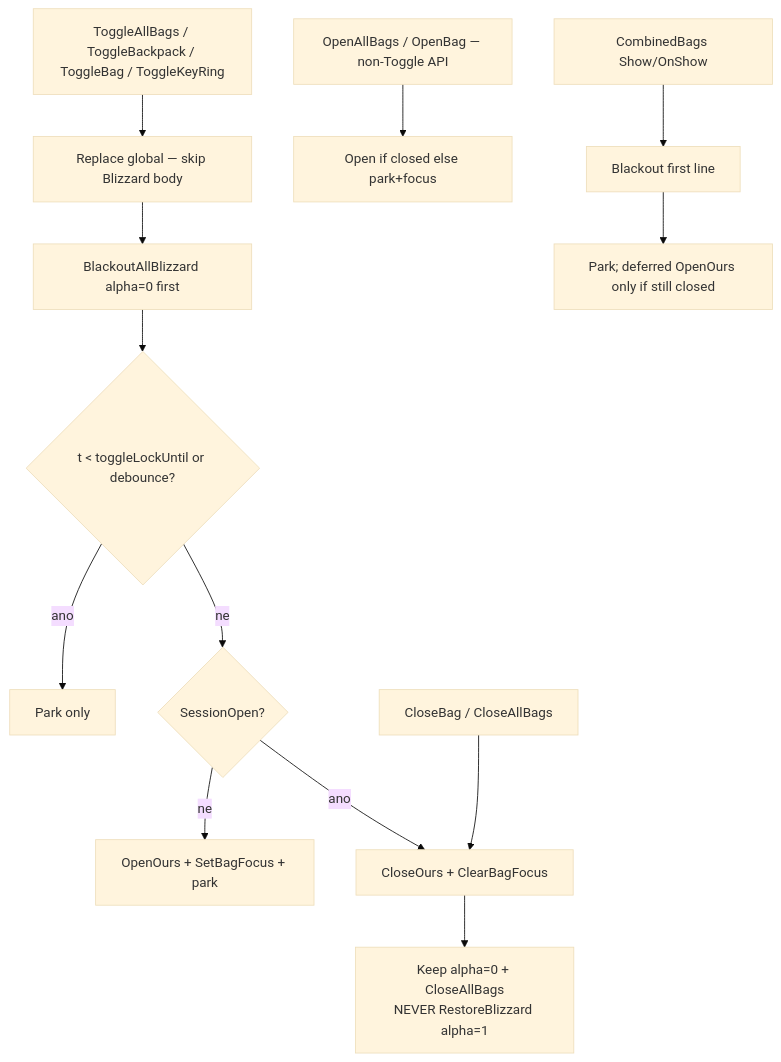
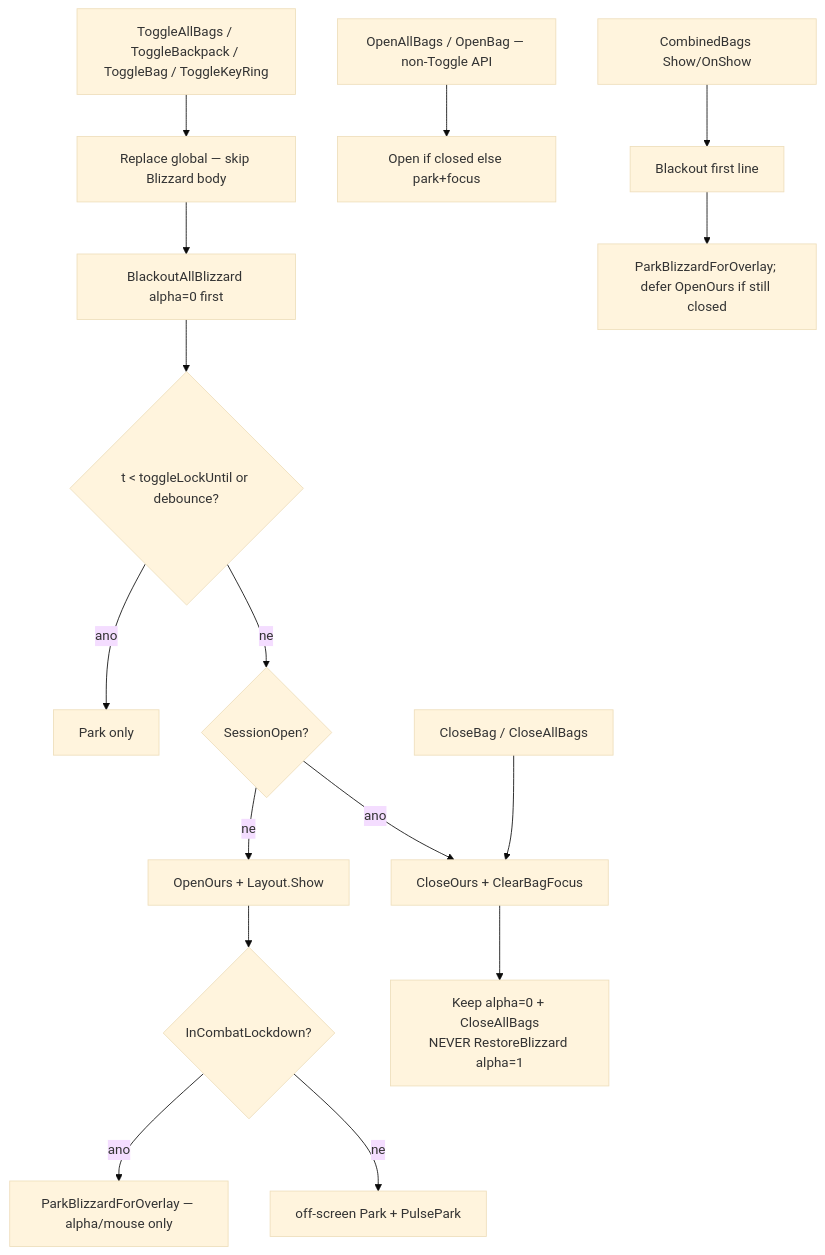
One commit to sirTurbisCZ/wow-forever-addons changed the first of 7 diagrams in addons/BetterBackpack/Docs/loops.md. Above: the diagram before and after it, drawn with Mermaid (base theme). The commit also changed other lines of this file and 7 other files, not shown here.

First line of the commit message:
BetterBackpack 0.5.32: combat OpenOurs + alpha-only Blizzard park

````diff
--- a/addons/BetterBackpack/Docs/loops.md
+++ b/addons/BetterBackpack/Docs/loops.md
@@ -12,16 +12,19 @@
 ```mermaid
 flowchart TD
   B[ToggleAllBags / ToggleBackpack / ToggleBag / ToggleKeyRing]
   B --> Rep[Replace global — skip Blizzard body]
   Rep --> Black[BlackoutAllBlizzard alpha=0 first]
   Black --> Lock{t < toggleLockUntil or debounce?}
   Lock -->|ano| Pulse[Park only]
   Lock -->|ne| Vis{SessionOpen?}
-  Vis -->|ne| Open[OpenOurs + SetBagFocus + park]
+  Vis -->|ne| Open[OpenOurs + Layout.Show]
+  Open --> ParkMode{InCombatLockdown?}
+  ParkMode -->|ano| AlphaOnly[ParkBlizzardForOverlay — alpha/mouse only]
+  ParkMode -->|ne| OffPark[off-screen Park + PulsePark]
   Vis -->|ano| Close[CloseOurs + ClearBagFocus]
   Close --> Keep0[Keep alpha=0 + CloseAllBags<br/>NEVER RestoreBlizzard alpha=1]
   OpenOnly[OpenAllBags / OpenBag — non-Toggle API] --> OpenOrPark[Open if closed else park+focus]
   CloseAPI[CloseBag / CloseAllBags] --> Close
   OnShow[CombinedBags Show/OnShow] --> BO[Blackout first line]
-  BO --> Park[Park; deferred OpenOurs only if still closed]
+  BO --> Park[ParkBlizzardForOverlay; defer OpenOurs if still closed]
 ```
````
